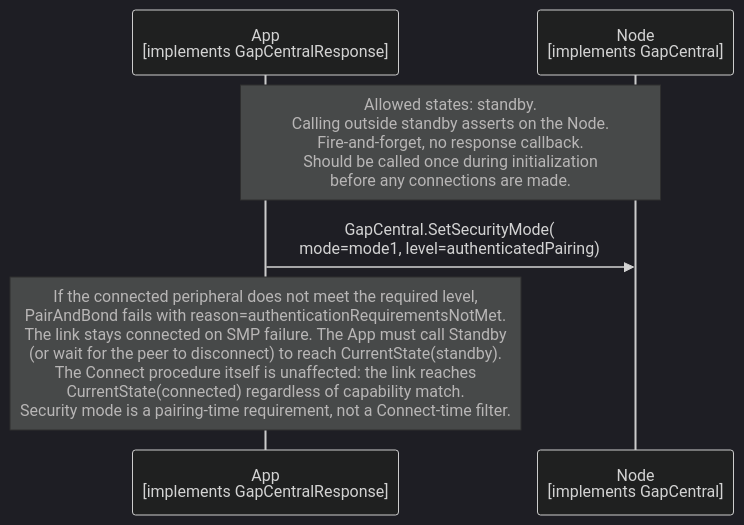
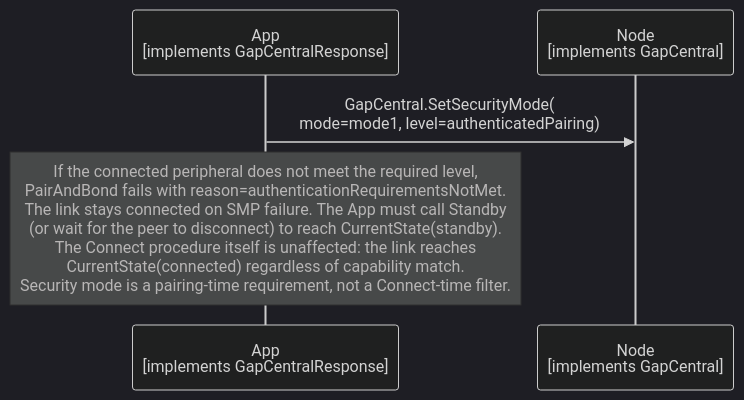
Before and after one commit to philips-software/amp-embedded-infra-lib: the diagram in documents/modules/ROOT/partials/echoservices/gap_central/GapCentral_SetSecurityMode_sequence.mmd, drawn with Mermaid (dark theme). The commit also changed 28 other files, not shown here.

```diff
--- a/documents/modules/ROOT/partials/echoservices/gap_central/GapCentral_SetSecurityMode_sequence.mmd
+++ b/documents/modules/ROOT/partials/echoservices/gap_central/GapCentral_SetSecurityMode_sequence.mmd
@@ -1,9 +1,7 @@
 sequenceDiagram
     participant App as App<br>[implements GapCentralResponse]
     participant Node as Node<br>[implements GapCentral]
 
-    Note over App, Node: Allowed states: standby.<br>Calling outside standby asserts on the Node.<br>Fire-and-forget, no response callback.<br>Should be called once during initialization<br>before any connections are made.
-
     App->>Node: GapCentral.SetSecurityMode(<br>mode=mode1, level=authenticatedPairing)
 
     Note over App: If the connected peripheral does not meet the required level,<br>PairAndBond fails with reason=authenticationRequirementsNotMet.<br>The link stays connected on SMP failure. The App must call Standby<br>(or wait for the peer to disconnect) to reach CurrentState(standby).<br>The Connect procedure itself is unaffected: the link reaches<br>CurrentState(connected) regardless of capability match.<br>Security mode is a pairing-time requirement, not a Connect-time filter.
```
